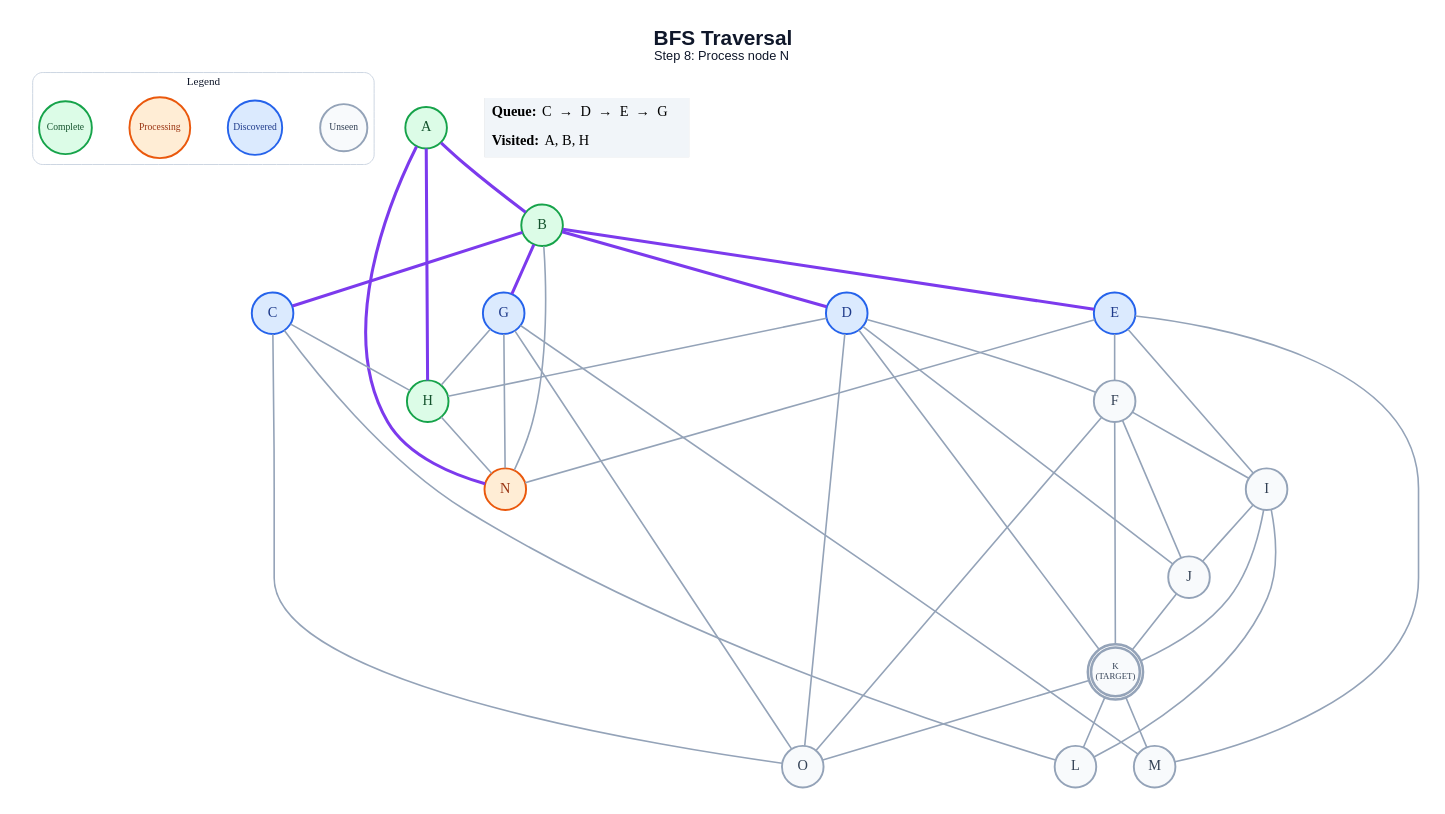
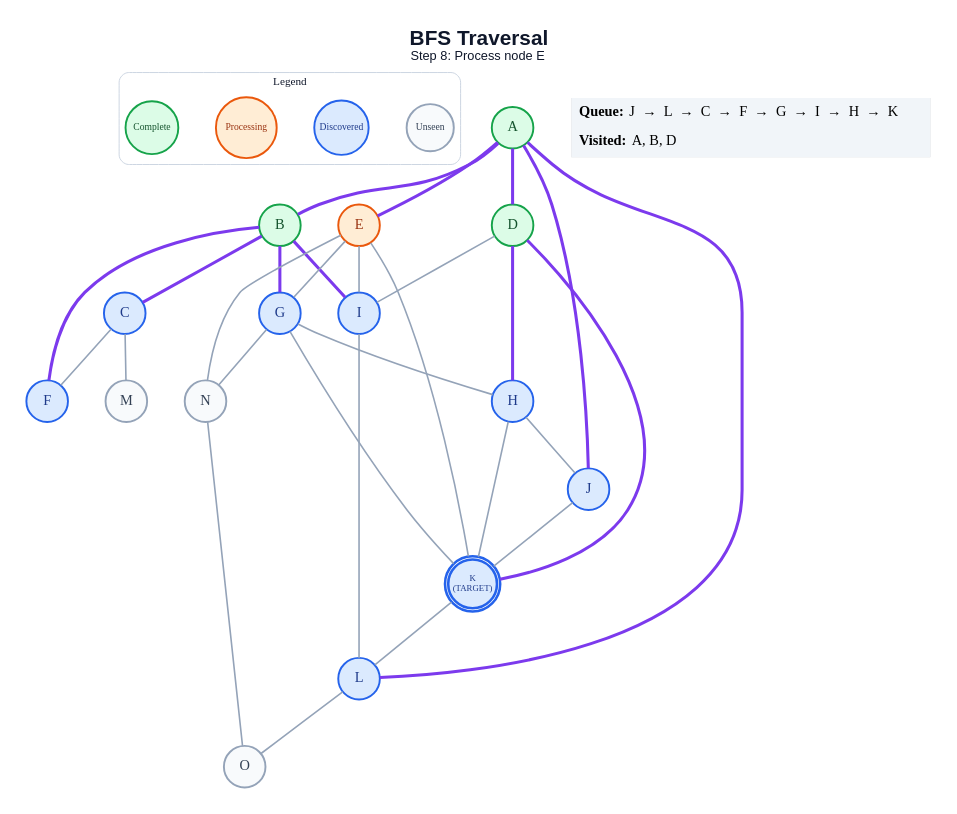
The diagram in generated/specific-node/bfs/step_08.dot (anon7238593-create/ai-slop), drawn with Graphviz before and after one commit. The commit also changed 253 other files, not shown here.

```diff
--- a/generated/specific-node/bfs/step_08.dot
+++ b/generated/specific-node/bfs/step_08.dot
@@ -1,70 +1,62 @@
 graph traversal {
   graph [layout=dot, rankdir=TB, bgcolor="#FFFFFF", pad="0.35", nodesep="0.65", ranksep="0.8", fontname="Arial"];
   node [shape=circle, style="filled", fontname="Arial Bold", fontsize=18, width=0.72, fixedsize=true, penwidth=2.4];
   edge [color="#94A3B8", penwidth=2.0];
-  label=<<B>BFS Traversal</B><BR/><FONT POINT-SIZE="16">Step 8: Process node N</FONT>>; labelloc="t"; fontsize=26; fontname="Arial"; fontcolor="#0F172A";
+  label=<<B>BFS Traversal</B><BR/><FONT POINT-SIZE="16">Step 8: Process node E</FONT>>; labelloc="t"; fontsize=26; fontname="Arial"; fontcolor="#0F172A";
   subgraph cluster_legend { label="Legend"; color="#CBD5E1"; penwidth=1.2; style="rounded"; fontsize=14; fontname="Arial Bold";
     key_unseen [label="Unseen", fillcolor="#F8FAFC", color="#94A3B8", fontcolor="#334155", fontsize=12, width=0.82];
     key_frontier [label="Discovered", fillcolor="#DBEAFE", color="#2563EB", fontcolor="#1E3A8A", fontsize=12, width=0.95];
     key_current [label="Processing", fillcolor="#FFEDD5", color="#EA580C", fontcolor="#9A3412", fontsize=12, width=1.05];
     key_done [label="Complete", fillcolor="#DCFCE7", color="#16A34A", fontcolor="#14532D", fontsize=12, width=0.92];
     { rank=same; key_unseen; key_frontier; key_current; key_done; }
   }
   A [label="A", fillcolor="#DCFCE7", color="#16A34A", fontcolor="#14532D", peripheries=1, penwidth=2.4];
   B [label="B", fillcolor="#DCFCE7", color="#16A34A", fontcolor="#14532D", peripheries=1, penwidth=2.4];
   C [label="C", fillcolor="#DBEAFE", color="#2563EB", fontcolor="#1E3A8A", peripheries=1, penwidth=2.4];
-  D [label="D", fillcolor="#DBEAFE", color="#2563EB", fontcolor="#1E3A8A", peripheries=1, penwidth=2.4];
-  E [label="E", fillcolor="#DBEAFE", color="#2563EB", fontcolor="#1E3A8A", peripheries=1, penwidth=2.4];
-  F [label="F", fillcolor="#F8FAFC", color="#94A3B8", fontcolor="#334155", peripheries=1, penwidth=2.4];
+  D [label="D", fillcolor="#DCFCE7", color="#16A34A", fontcolor="#14532D", peripheries=1, penwidth=2.4];
+  E [label="E", fillcolor="#FFEDD5", color="#EA580C", fontcolor="#9A3412", peripheries=1, penwidth=2.4];
+  F [label="F", fillcolor="#DBEAFE", color="#2563EB", fontcolor="#1E3A8A", peripheries=1, penwidth=2.4];
   G [label="G", fillcolor="#DBEAFE", color="#2563EB", fontcolor="#1E3A8A", peripheries=1, penwidth=2.4];
-  H [label="H", fillcolor="#DCFCE7", color="#16A34A", fontcolor="#14532D", peripheries=1, penwidth=2.4];
-  I [label="I", fillcolor="#F8FAFC", color="#94A3B8", fontcolor="#334155", peripheries=1, penwidth=2.4];
-  J [label="J", fillcolor="#F8FAFC", color="#94A3B8", fontcolor="#334155", peripheries=1, penwidth=2.4];
-  K [label="K\n(TARGET)", fillcolor="#F8FAFC", color="#94A3B8", fontcolor="#334155", peripheries=2, penwidth=3.2, fontsize=11, width=0.85, height=0.85];
-  L [label="L", fillcolor="#F8FAFC", color="#94A3B8", fontcolor="#334155", peripheries=1, penwidth=2.4];
+  H [label="H", fillcolor="#DBEAFE", color="#2563EB", fontcolor="#1E3A8A", peripheries=1, penwidth=2.4];
+  I [label="I", fillcolor="#DBEAFE", color="#2563EB", fontcolor="#1E3A8A", peripheries=1, penwidth=2.4];
+  J [label="J", fillcolor="#DBEAFE", color="#2563EB", fontcolor="#1E3A8A", peripheries=1, penwidth=2.4];
+  K [label="K\n(TARGET)", fillcolor="#DBEAFE", color="#2563EB", fontcolor="#1E3A8A", peripheries=2, penwidth=3.2, fontsize=11, width=0.85, height=0.85];
+  L [label="L", fillcolor="#DBEAFE", color="#2563EB", fontcolor="#1E3A8A", peripheries=1, penwidth=2.4];
   M [label="M", fillcolor="#F8FAFC", color="#94A3B8", fontcolor="#334155", peripheries=1, penwidth=2.4];
-  N [label="N", fillcolor="#FFEDD5", color="#EA580C", fontcolor="#9A3412", peripheries=1, penwidth=2.4];
+  N [label="N", fillcolor="#F8FAFC", color="#94A3B8", fontcolor="#334155", peripheries=1, penwidth=2.4];
   O [label="O", fillcolor="#F8FAFC", color="#94A3B8", fontcolor="#334155", peripheries=1, penwidth=2.4];
   A -- B [color="#7C3AED", penwidth=3.8];
-  A -- H [color="#7C3AED", penwidth=3.8];
-  A -- N [color="#7C3AED", penwidth=3.8];
+  A -- D [color="#7C3AED", penwidth=3.8];
+  A -- E [color="#7C3AED", penwidth=3.8];
+  A -- J [color="#7C3AED", penwidth=3.8];
+  A -- L [color="#7C3AED", penwidth=3.8];
   B -- C [color="#7C3AED", penwidth=3.8];
-  B -- D [color="#7C3AED", penwidth=3.8];
-  B -- E [color="#7C3AED", penwidth=3.8];
+  B -- F [color="#7C3AED", penwidth=3.8];
   B -- G [color="#7C3AED", penwidth=3.8];
-  B -- N;
-  C -- H;
-  C -- L;
-  C -- O;
-  D -- F;
-  D -- H;
-  D -- J;
-  D -- K;
-  D -- O;
-  E -- F;
+  B -- I [color="#7C3AED", penwidth=3.8];
+  C -- F;
+  C -- M;
+  D -- H [color="#7C3AED", penwidth=3.8];
+  D -- I;
+  D -- K [color="#7C3AED", penwidth=3.8];
+  E -- G;
   E -- I;
-  E -- M;
+  E -- K;
   E -- N;
-  F -- I;
-  F -- J;
-  F -- K;
-  F -- O;
   G -- H;
-  G -- M;
+  G -- K;
   G -- N;
-  G -- O;
-  H -- N;
-  I -- J;
-  I -- K;
+  H -- J;
+  H -- K;
   I -- L;
   J -- K;
   K -- L;
-  K -- M;
-  K -- O;
+  L -- O;
+  N -- O;
   status [shape=plain, fixedsize=false, width=0, height=0, margin=0, label=<
     <TABLE BORDER="0" CELLBORDER="0" CELLPADDING="7" BGCOLOR="#F1F5F9">
-      <TR><TD ALIGN="LEFT"><B>Queue:</B> C  →  D  →  E  →  G</TD></TR>
-      <TR><TD ALIGN="LEFT"><B>Visited:</B> A, B, H</TD></TR>
+      <TR><TD ALIGN="LEFT"><B>Queue:</B> J  →  L  →  C  →  F  →  G  →  I  →  H  →  K</TD></TR>
+      <TR><TD ALIGN="LEFT"><B>Visited:</B> A, B, D</TD></TR>
     </TABLE>
   >];
 }
```
